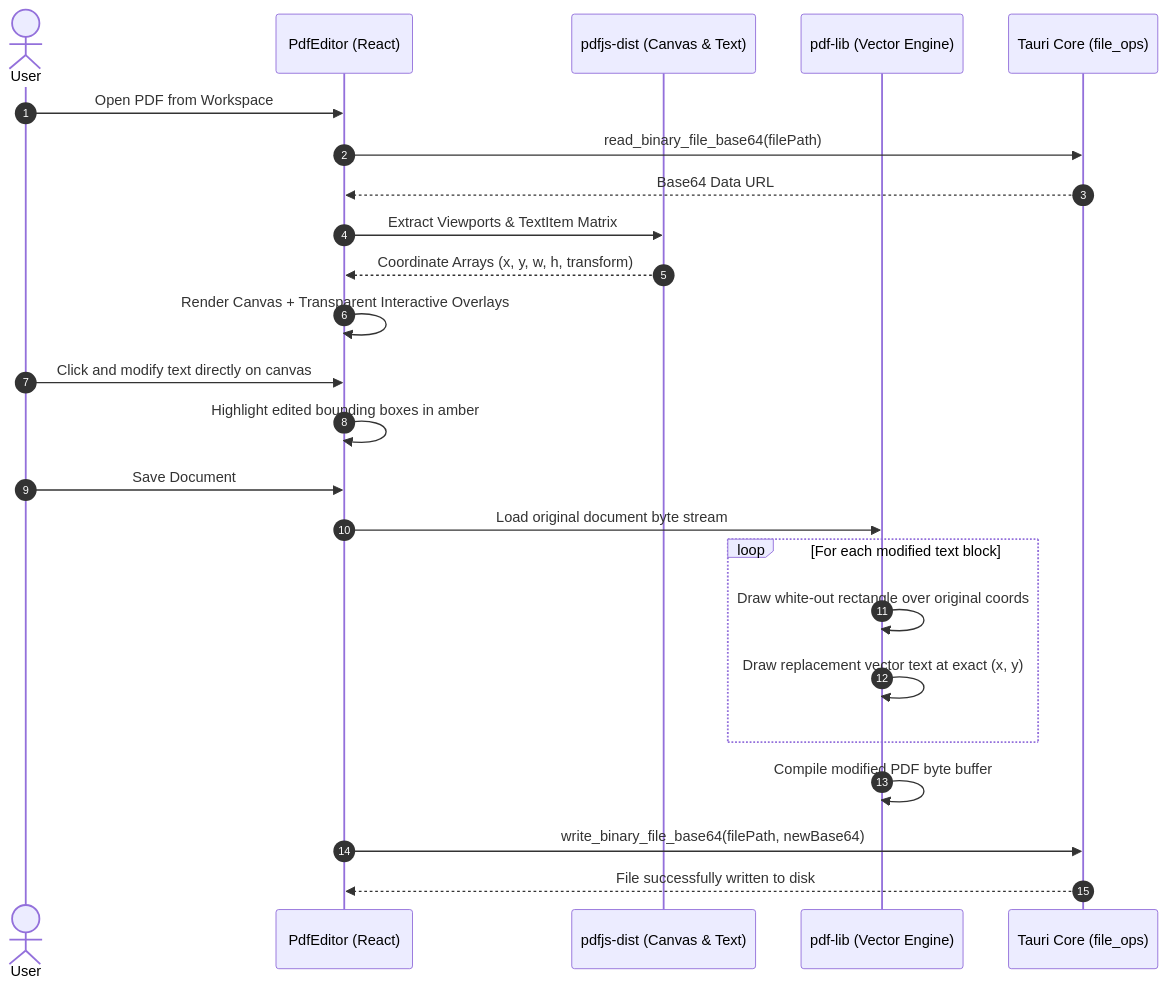
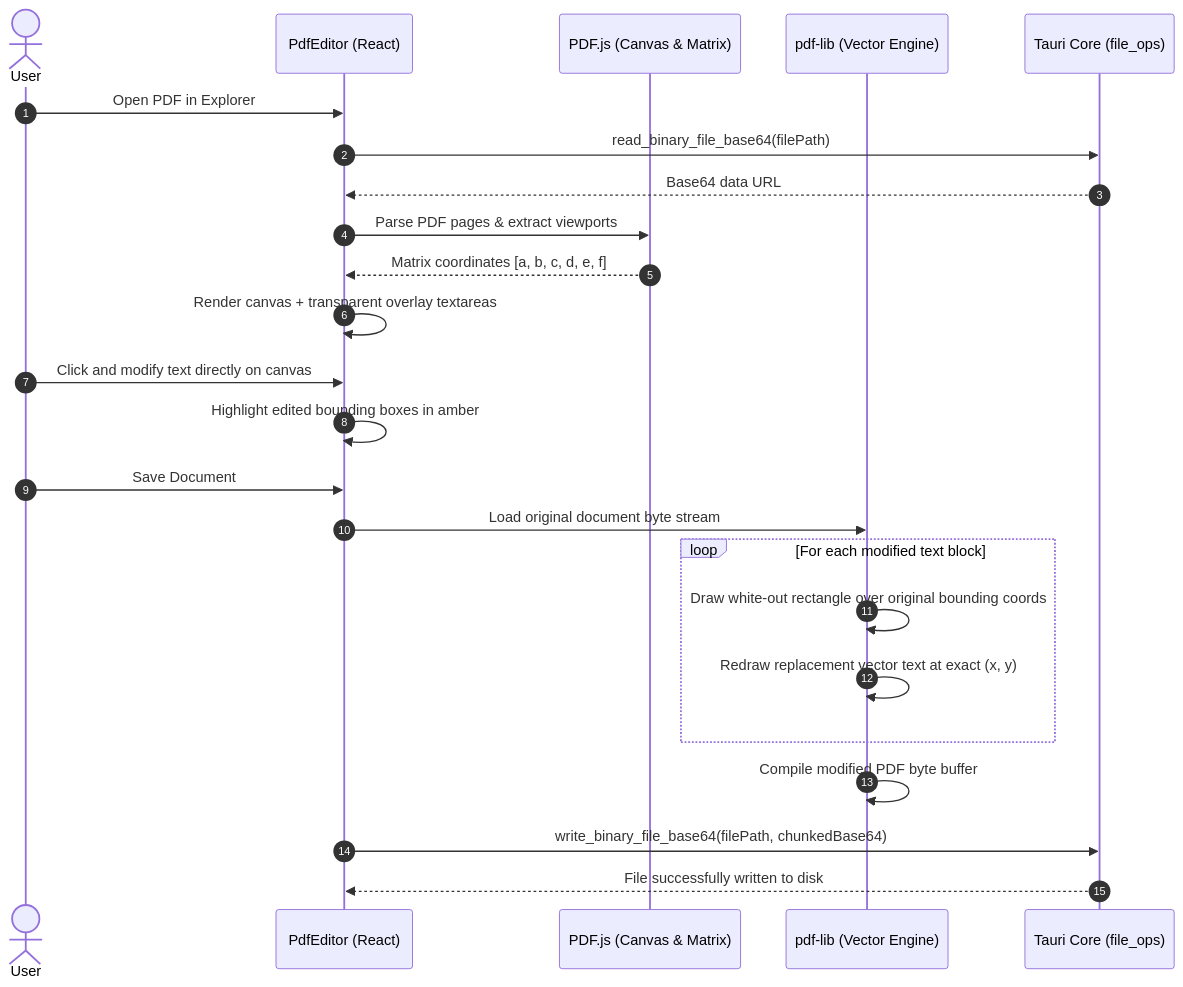
Before and after one commit to zishan049/Composer: the second of 2 diagrams in README.md, drawn with Mermaid. The commit also changed other lines of this file and 1 other file, not shown here.

````diff
--- a/README.md
+++ b/README.md
@@ -154,27 +146,27 @@
 ```mermaid
 sequenceDiagram
     autonumber
     actor User
     participant View as PdfEditor (React)
-    participant PDFJS as pdfjs-dist (Canvas & Text)
-    participant PDFLIB as pdf-lib (Vector Engine)
+    participant Worker as PDF.js (Canvas & Matrix)
+    participant Lib as pdf-lib (Vector Engine)
     participant Rust as Tauri Core (file_ops)
 
-    User->>View: Open PDF from Workspace
+    User->>View: Open PDF in Explorer
     View->>Rust: read_binary_file_base64(filePath)
-    Rust-->>View: Base64 Data URL
-    View->>PDFJS: Extract Viewports & TextItem Matrix
-    PDFJS-->>View: Coordinate Arrays (x, y, w, h, transform)
-    View->>View: Render Canvas + Transparent Interactive Overlays
+    Rust-->>View: Base64 data URL
+    View->>Worker: Parse PDF pages & extract viewports
+    Worker-->>View: Matrix coordinates [a, b, c, d, e, f]
+    View->>View: Render canvas + transparent overlay textareas
     User->>View: Click and modify text directly on canvas
     View->>View: Highlight edited bounding boxes in amber
     User->>View: Save Document
-    View->>PDFLIB: Load original document byte stream
+    View->>Lib: Load original document byte stream
     loop For each modified text block
-        PDFLIB->>PDFLIB: Draw white-out rectangle over original coords
-        PDFLIB->>PDFLIB: Draw replacement vector text at exact (x, y)
+        Lib->>Lib: Draw white-out rectangle over original bounding coords
+        Lib->>Lib: Redraw replacement vector text at exact (x, y)
     end
-    PDFLIB->>PDFLIB: Compile modified PDF byte buffer
-    View->>Rust: write_binary_file_base64(filePath, newBase64)
+    Lib->>Lib: Compile modified PDF byte buffer
+    View->>Rust: write_binary_file_base64(filePath, chunkedBase64)
     Rust-->>View: File successfully written to disk
 ```
````
